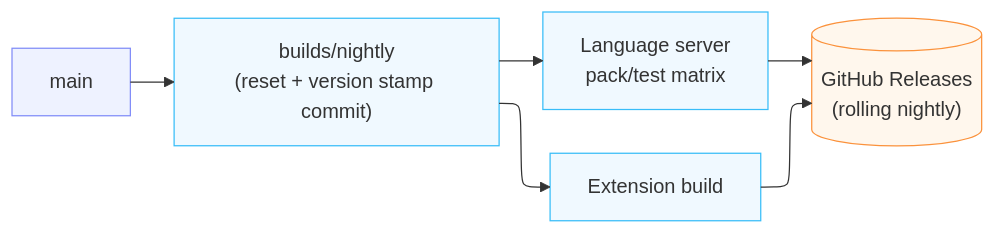
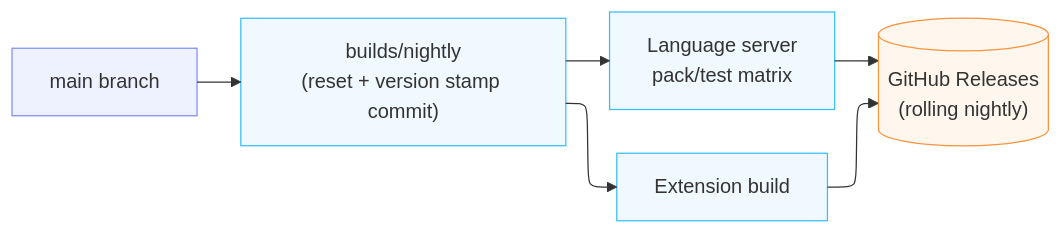
The fifth of 8 diagrams in docs/cicd-pipelines.md (wso2/product-integrator), drawn with Mermaid before and after one commit. The commit also changed other lines of this file and 3 other files, not shown here.

````diff
--- a/docs/cicd-pipelines.md
+++ b/docs/cicd-pipelines.md
@@ -93,12 +95,12 @@
 ```mermaid
 %%{init: {"layout": "elk"}}%%
 graph LR
-    M["main"]:::trigger --> NB["builds/nightly<br>(reset + version stamp commit)"]:::stage
+    M["main branch"]:::trigger --> NB["builds/nightly<br>(reset + version stamp commit)"]:::stage
     NB --> LS["Language server<br>pack/test matrix"]:::stage
     NB --> EX["Extension build"]:::stage
     LS --> PUB[("GitHub Releases<br>(rolling nightly)")]:::artifact
     EX --> PUB
     classDef trigger stroke:#818cf8,fill:#eef2ff
     classDef stage stroke:#38bdf8,fill:#f0f9ff
     classDef artifact stroke:#fb923c,fill:#fff7ed
 ```
````
